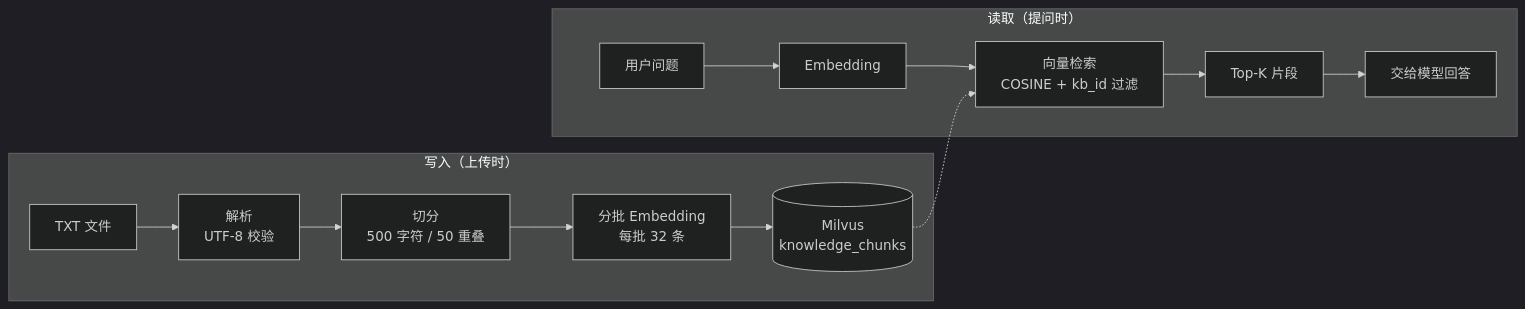
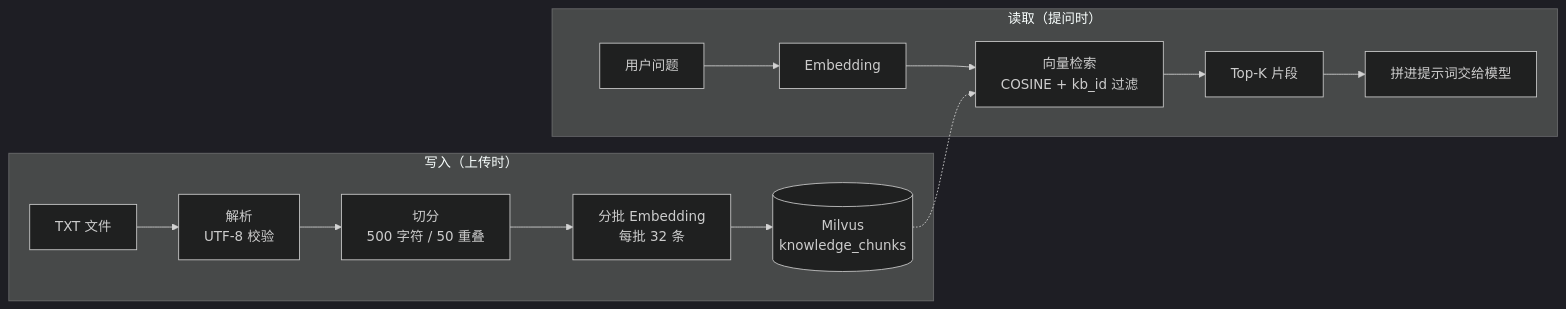
Before and after one commit to lh350-clou/ai-agent-platform: the third of 3 diagrams in README.md, drawn with Mermaid (dark theme). The commit also changed other lines of this file, not shown here.

````diff
--- a/README.md
+++ b/README.md
@@ -150,14 +185,12 @@
 ```mermaid
 flowchart LR
     subgraph Write["写入（上传时）"]
         F["TXT 文件"] --> P["解析<br/>UTF-8 校验"] --> S["切分<br/>500 字符 / 50 重叠"]
         S --> B["分批 Embedding<br/>每批 32 条"] --> M[("Milvus<br/>knowledge_chunks")]
     end
-
     subgraph Read["读取（提问时）"]
         Q["用户问题"] --> QE["Embedding"] --> Search["向量检索<br/>COSINE + kb_id 过滤"]
-        Search --> TopK["Top-K 片段"] --> Ans["交给模型回答"]
+        Search --> TopK["Top-K 片段"] --> Ans["拼进提示词交给模型"]
     end
-
     M -.-> Search
 ```
````
